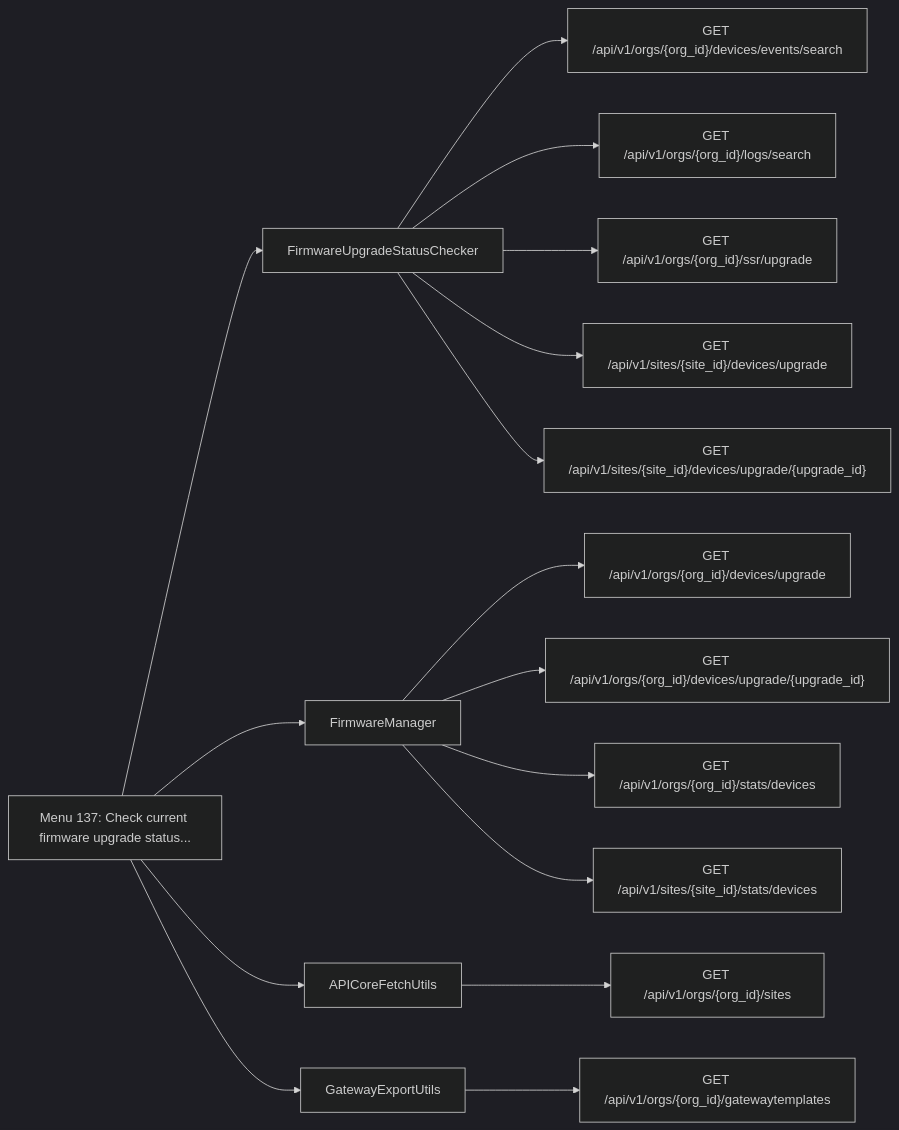
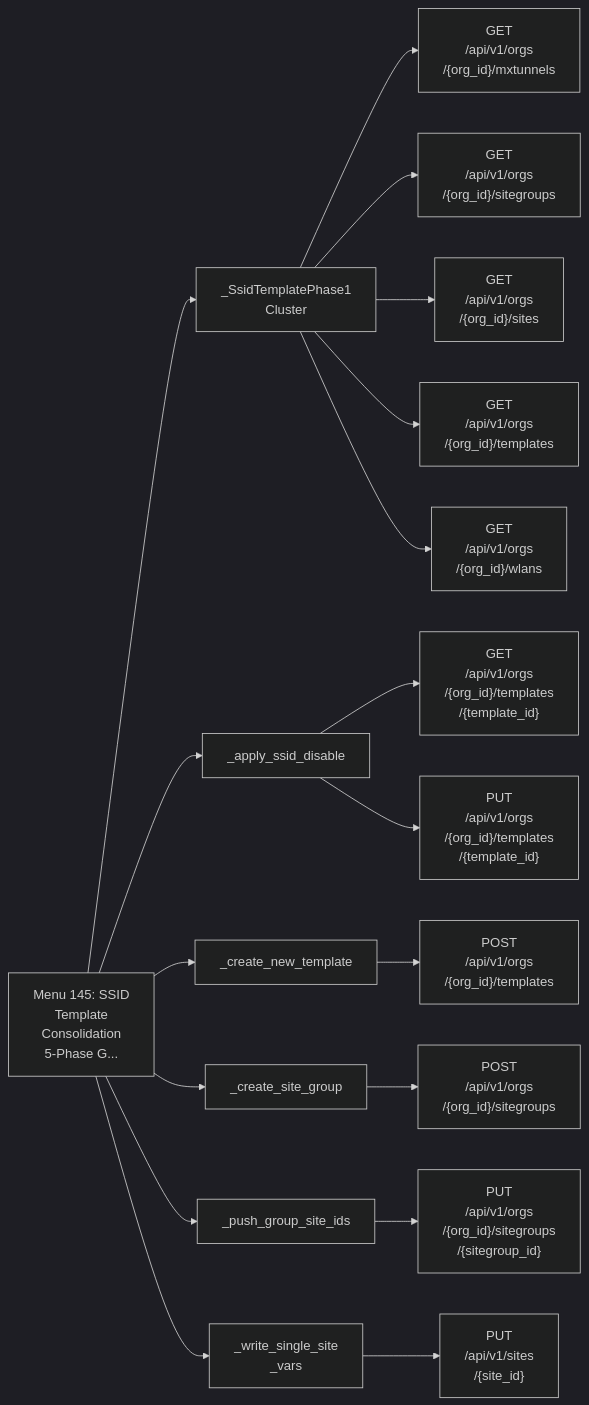
Diagram 13 of 18 in documentation/menu-api/interactive.md (jmorrison-juniper/MistHelper), drawn with Mermaid (dark theme) before and after one commit. The commit also changed other lines of this file and 19 other files, not shown here.

First line of the commit message:
docs(menu-api): fit the Mermaid diagrams to the wiki column (#3463)

````diff
--- a/documentation/menu-api/interactive.md
+++ b/documentation/menu-api/interactive.md
@@ -506,19 +499,21 @@
 ```mermaid
 flowchart LR
-    menu["Menu 137: Check current firmware upgrade status..."]
-    menu --> c1["FirmwareUpgradeStatusChecker"]
-    c1 --> e1["GET /api/v1/orgs/{org_id}/devices/events/search"]
-    c1 --> e2["GET /api/v1/orgs/{org_id}/logs/search"]
-    c1 --> e3["GET /api/v1/orgs/{org_id}/ssr/upgrade"]
-    c1 --> e4["GET /api/v1/sites/{site_id}/devices/upgrade"]
-    c1 --> e5["GET /api/v1/sites/{site_id}/devices/upgrade/{upgrade_id}"]
-    menu --> c2["FirmwareManager"]
-    c2 --> e6["GET /api/v1/orgs/{org_id}/devices/upgrade"]
-    c2 --> e7["GET /api/v1/orgs/{org_id}/devices/upgrade/{upgrade_id}"]
-    c2 --> e8["GET /api/v1/orgs/{org_id}/stats/devices"]
-    c2 --> e9["GET /api/v1/sites/{site_id}/stats/devices"]
-    menu --> c3["APICoreFetchUtils"]
-    c3 --> e10["GET /api/v1/orgs/{org_id}/sites"]
-    menu --> c4["GatewayExportUtils"]
-    c4 --> e11["GET /api/v1/orgs/{org_id}/gatewaytemplates"]
+    menu["Menu 145: SSID<br/>Template<br/>Consolidation<br/>5-Phase G..."]
+    menu --> c1["_SsidTemplatePhase1<br/>Cluster"]
+    c1 --> e1["GET<br/>/api/v1/orgs<br/>/{org_id}/mxtunnels"]
+    c1 --> e2["GET<br/>/api/v1/orgs<br/>/{org_id}/sitegroups"]
+    c1 --> e3["GET<br/>/api/v1/orgs<br/>/{org_id}/sites"]
+    c1 --> e4["GET<br/>/api/v1/orgs<br/>/{org_id}/templates"]
+    c1 --> e5["GET<br/>/api/v1/orgs<br/>/{org_id}/wlans"]
+    menu --> c2["_apply_ssid_disable"]
+    c2 --> e6["GET<br/>/api/v1/orgs<br/>/{org_id}/templates<br/>/{template_id}"]
+    c2 --> e7["PUT<br/>/api/v1/orgs<br/>/{org_id}/templates<br/>/{template_id}"]
+    menu --> c3["_create_new_template"]
+    c3 --> e8["POST<br/>/api/v1/orgs<br/>/{org_id}/templates"]
+    menu --> c4["_create_site_group"]
+    c4 --> e9["POST<br/>/api/v1/orgs<br/>/{org_id}/sitegroups"]
+    menu --> c5["_push_group_site_ids"]
+    c5 --> e10["PUT<br/>/api/v1/orgs<br/>/{org_id}/sitegroups<br/>/{sitegroup_id}"]
+    menu --> c6["_write_single_site<br/>_vars"]
+    c6 --> e11["PUT<br/>/api/v1/sites<br/>/{site_id}"]
 ```
````
